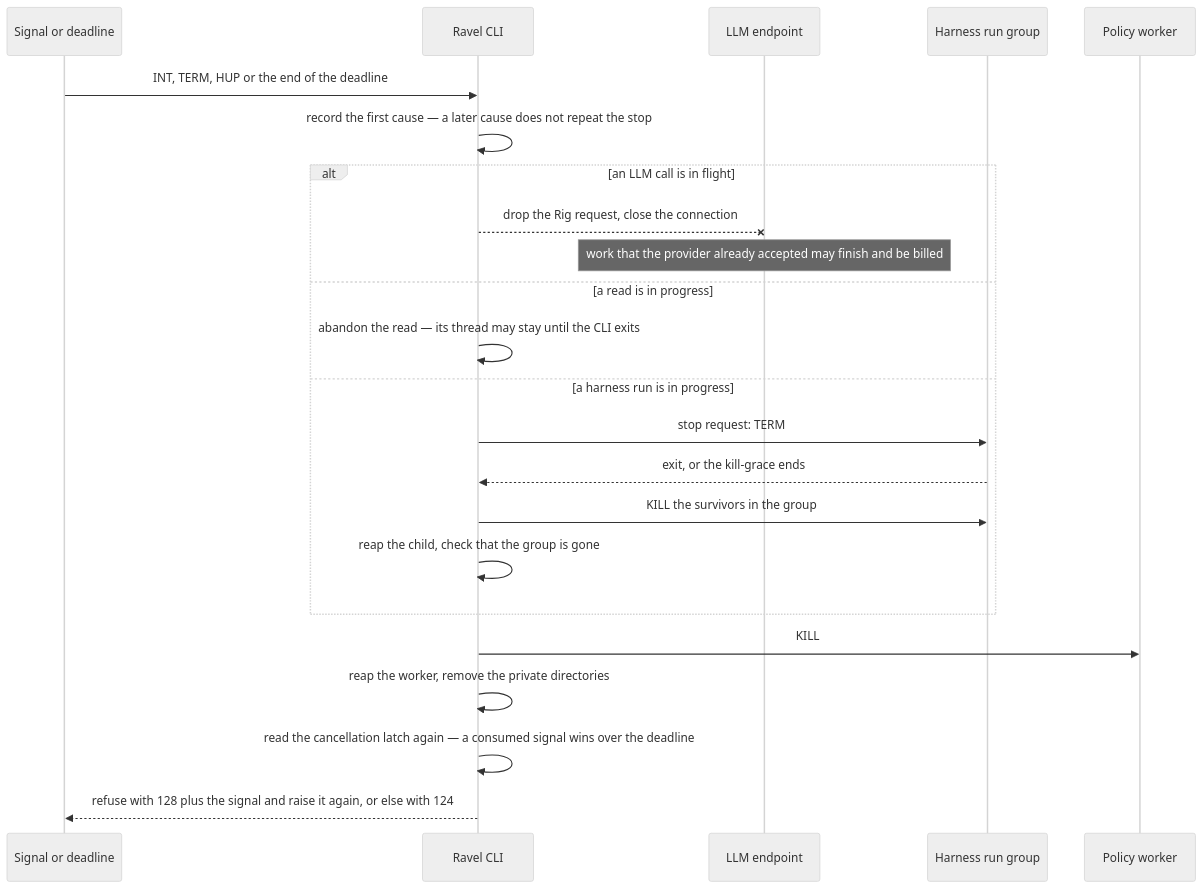
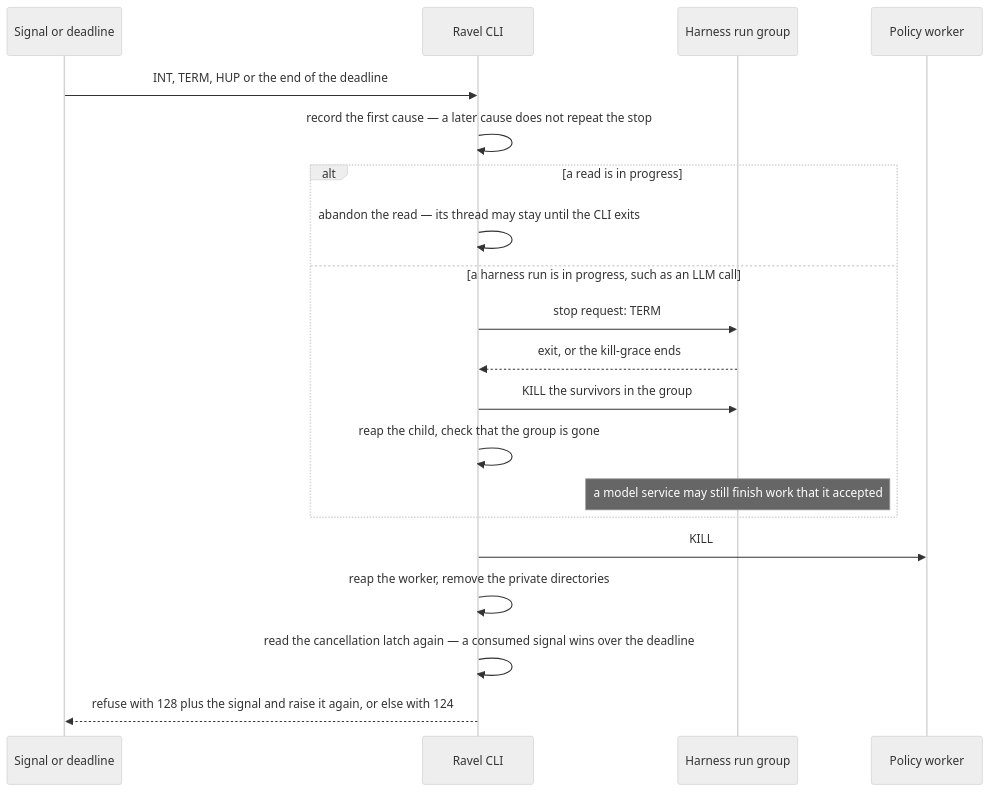
Before and after one commit to Linkuistics/Ravel: the diagram in docs/design/rhai-policy/stopping-sequence.mmd, drawn with Mermaid (neutral theme). The commit also changed 18 other files, not shown here.

First line of the commit message:
llm-calls-through-harnesses-k58: an LLM call is a harness run of Claude Code or Codex with the owner's sign-in, and ravel::llm and Rig leave the spec

```diff
--- a/docs/design/rhai-policy/stopping-sequence.mmd
+++ b/docs/design/rhai-policy/stopping-sequence.mmd
@@ -1,23 +1,20 @@
 sequenceDiagram
   participant S as Signal or deadline
   participant R as Ravel CLI
-  participant E as LLM endpoint
   participant H as Harness run group
   participant W as Policy worker
   S->>R: INT, TERM, HUP or the end of the deadline
   R->>R: record the first cause — a later cause does not repeat the stop
-  alt an LLM call is in flight
-    R--xE: drop the Rig request, close the connection
-    Note over E: work that the provider already accepted may finish and be billed
-  else a read is in progress
+  alt a read is in progress
     R->>R: abandon the read — its thread may stay until the CLI exits
-  else a harness run is in progress
+  else a harness run is in progress, such as an LLM call
     R->>H: stop request: TERM
     H-->>R: exit, or the kill-grace ends
     R->>H: KILL the survivors in the group
     R->>R: reap the child, check that the group is gone
+    Note over H: a model service may still finish work that it accepted
   end
   R->>W: KILL
   R->>R: reap the worker, remove the private directories
   R->>R: read the cancellation latch again — a consumed signal wins over the deadline
   R-->>S: refuse with 128 plus the signal and raise it again, or else with 124
```
